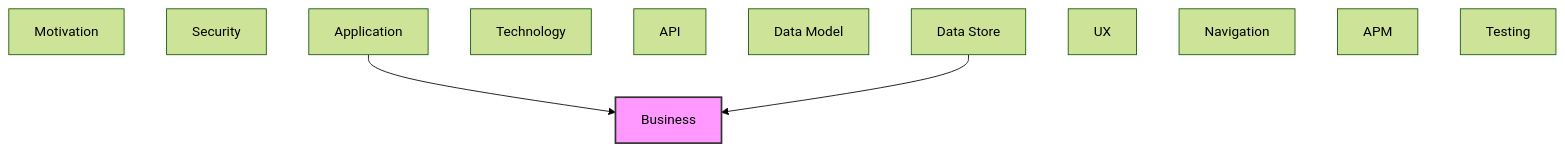
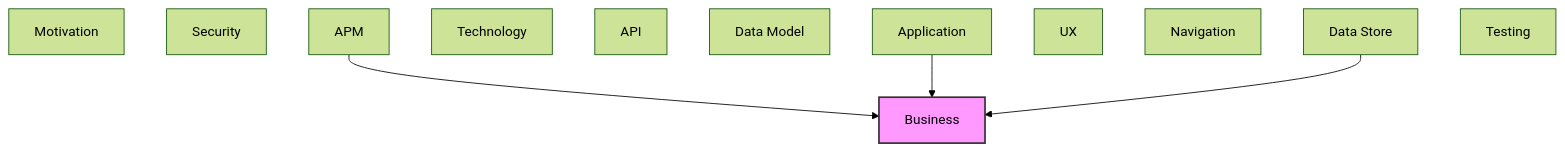
The second of 2 diagrams in documentation-robotics/reports/02-business-layer-report.md (tinkermonkey/context-studio), drawn with Mermaid (forest theme) before and after one commit. The commit also changed other lines of this file and 22 other files, not shown here.

````diff
--- a/documentation-robotics/reports/02-business-layer-report.md
+++ b/documentation-robotics/reports/02-business-layer-report.md
@@ -54,19 +54,20 @@
 ```mermaid
 flowchart TB
   classDef current fill:#f9f,stroke:#333,stroke-width:2px
   motivation["Motivation"]
   business["Business"]
   security["Security"]
   application["Application"]
   technology["Technology"]
   api["API"]
   data_model["Data Model"]
   data_store["Data Store"]
   ux["UX"]
   navigation["Navigation"]
   apm["APM"]
   testing["Testing"]
+  apm --> business
   application --> business
   data_store --> business
   class business current
 ```
````
